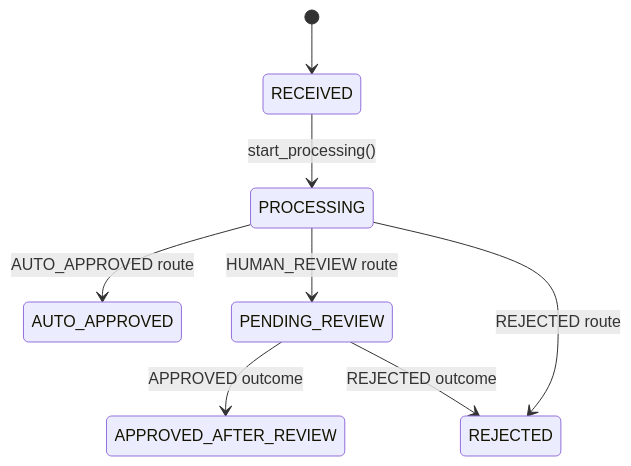
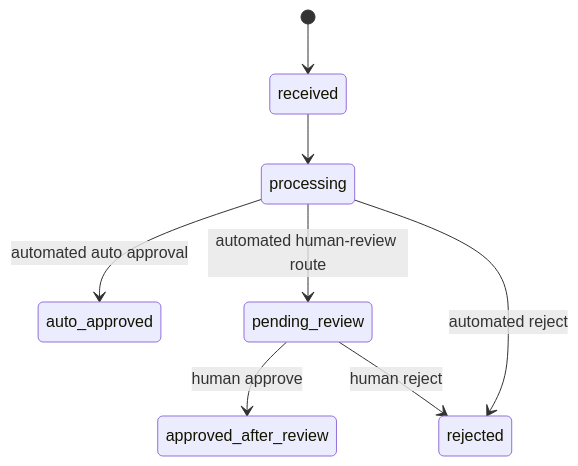
The second of 5 diagrams in docs/domain-model.md (Dev-Luigy/automation_luigygabriel), drawn with Mermaid before and after one commit. The commit also changed other lines of this file and 13 other files, not shown here.

Commit message:
docs: finalize assessment architecture and report

````diff
--- a/docs/domain-model.md
+++ b/docs/domain-model.md
@@ -85,10 +110,10 @@
 ```mermaid
 stateDiagram-v2
-    [*] --> RECEIVED
-    RECEIVED --> PROCESSING: start_processing()
-    PROCESSING --> AUTO_APPROVED: AUTO_APPROVED route
-    PROCESSING --> PENDING_REVIEW: HUMAN_REVIEW route
-    PROCESSING --> REJECTED: REJECTED route
-    PENDING_REVIEW --> APPROVED_AFTER_REVIEW: APPROVED outcome
-    PENDING_REVIEW --> REJECTED: REJECTED outcome
+    [*] --> received
+    received --> processing
+    processing --> auto_approved: automated auto approval
+    processing --> pending_review: automated human-review route
+    processing --> rejected: automated reject
+    pending_review --> approved_after_review: human approve
+    pending_review --> rejected: human reject
 ```
````
